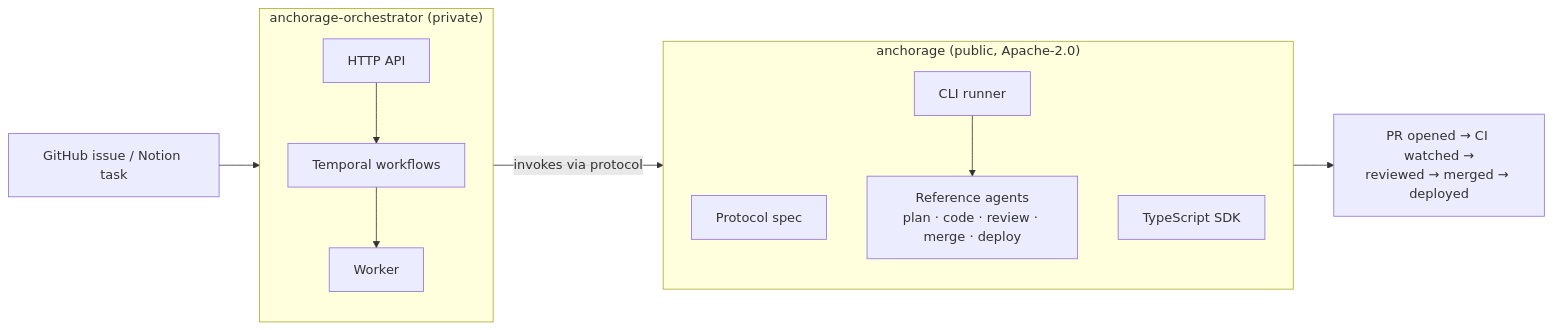
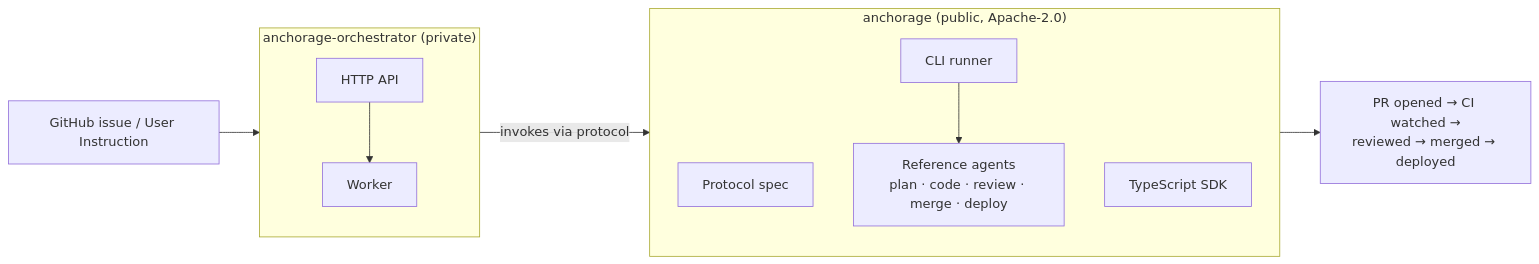
The first of 3 diagrams in profile/README.md (AnchorageLabs/.github), drawn with Mermaid before and after one commit. The commit also changed other lines of this file, not shown here.

````diff
--- a/profile/README.md
+++ b/profile/README.md
@@ -26,24 +26,22 @@
 ```mermaid
 flowchart LR
     subgraph pub["anchorage (public, Apache-2.0)"]
         direction TB
         Protocol["Protocol spec"]
         SDK["TypeScript SDK"]
         Runner["CLI runner"]
         Agents["Reference agents\nplan · code · review · merge · deploy"]
     end
 
     subgraph priv["anchorage-orchestrator (private)"]
         direction TB
         Server["HTTP API"]
-        Temporal["Temporal workflows"]
         Worker["Worker"]
     end
 
-    Trigger["GitHub issue / Notion task"] --> Server
-    Server --> Temporal
-    Temporal --> Worker
+    Trigger["GitHub issue / User Instruction"] --> Server
+    Server --> Worker
     Worker -- "invokes via protocol" --> Runner
     Runner --> Agents
     Agents --> Outcome["PR opened → CI watched →\nreviewed → merged → deployed"]
 ```
````
